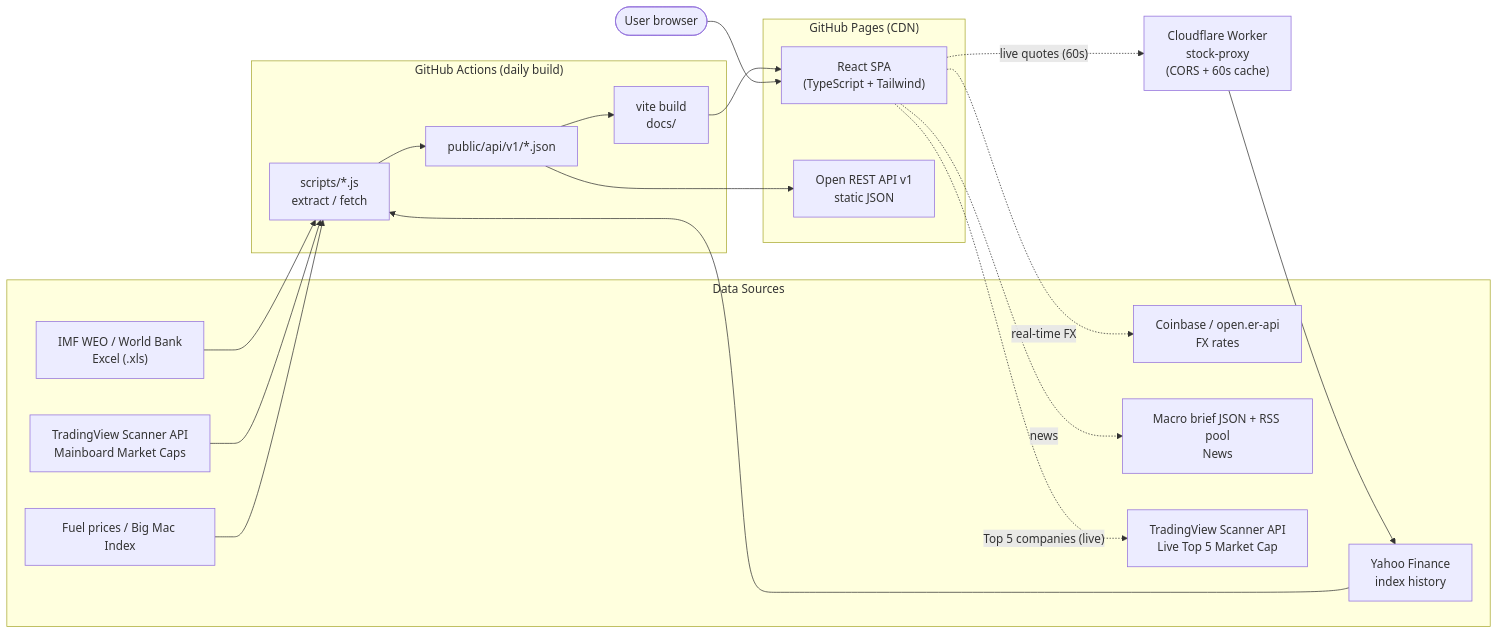
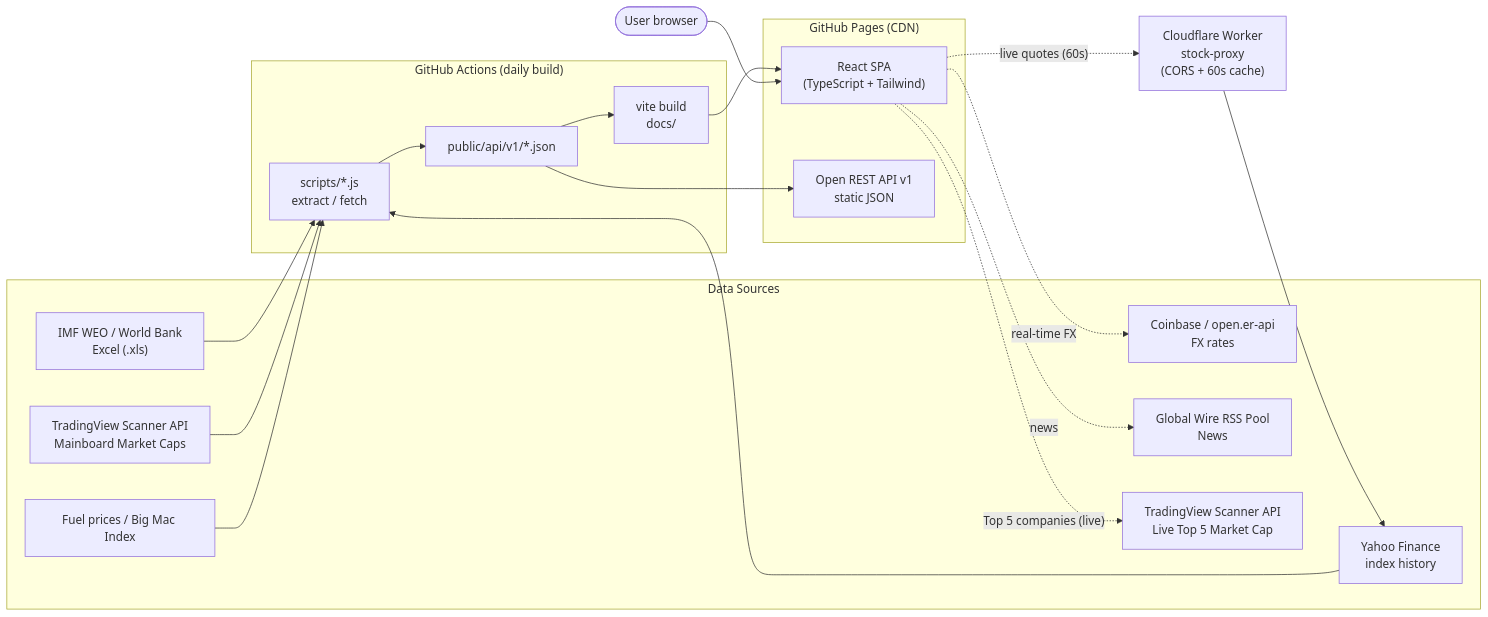
Before and after one commit to silverogic/geonomics: the diagram in README.md, drawn with Mermaid. The commit also changed 11 other files, not shown here.

````diff
--- a/README.md
+++ b/README.md
@@ -117,40 +117,40 @@
 ```mermaid
 flowchart LR
   subgraph SRC["Data Sources"]
     S1["IMF WEO / World Bank<br/>Excel (.xls)"]
     S2["Yahoo Finance<br/>index history"]
     S3["TradingView Scanner API<br/>Mainboard Market Caps"]
     S4["Fuel prices / Big Mac Index"]
     S5["Coinbase / open.er-api<br/>FX rates"]
-    S6["Macro brief JSON + RSS pool<br/>News"]
+    S6["Global Wire RSS Pool<br/>News"]
     S7["TradingView Scanner API<br/>Live Top 5 Market Cap"]
   end
 
   subgraph CI["GitHub Actions (daily build)"]
     P1["scripts/*.js<br/>extract / fetch"]
     P2["public/api/v1/*.json"]
     P3["vite build<br/>docs/"]
   end
 
   subgraph HOST["GitHub Pages (CDN)"]
     WEB["React SPA<br/>(TypeScript + Tailwind)"]
     API["Open REST API v1<br/>static JSON"]
   end
 
   W["Cloudflare Worker<br/>stock-proxy<br/>(CORS + 60s cache)"]
   U(["User browser"])
 
   S1 --> P1
   S2 --> P1
   S3 --> P1
   S4 --> P1
   P1 --> P2 --> P3 --> WEB
   P2 --> API
 
   U --> WEB
   WEB -. "live quotes (60s)" .-> W
   W --> S2
   WEB -. "real-time FX" .-> S5
   WEB -. "news" .-> S6
   WEB -. "Top 5 companies (live)" .-> S7
 ```
````
